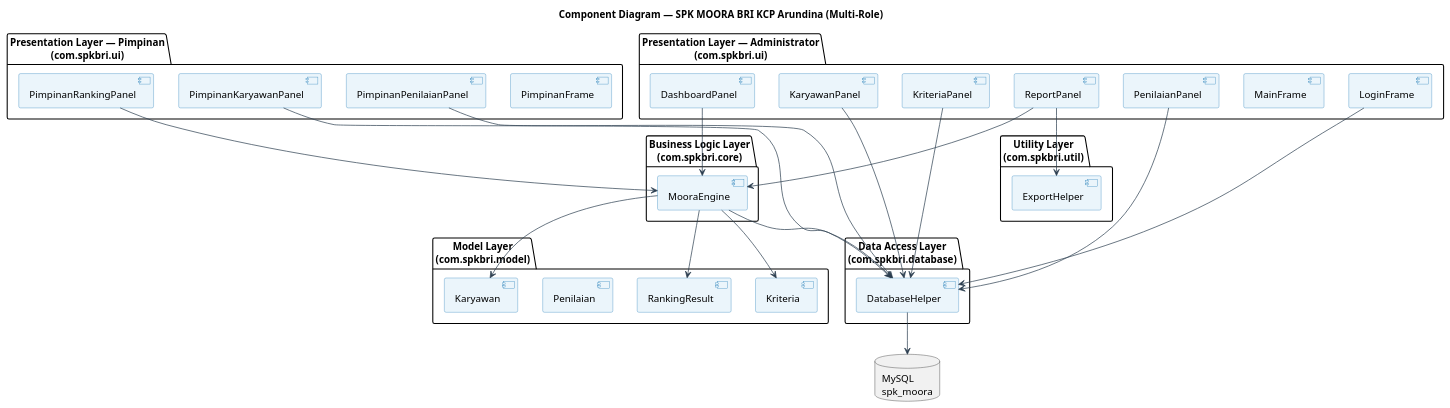
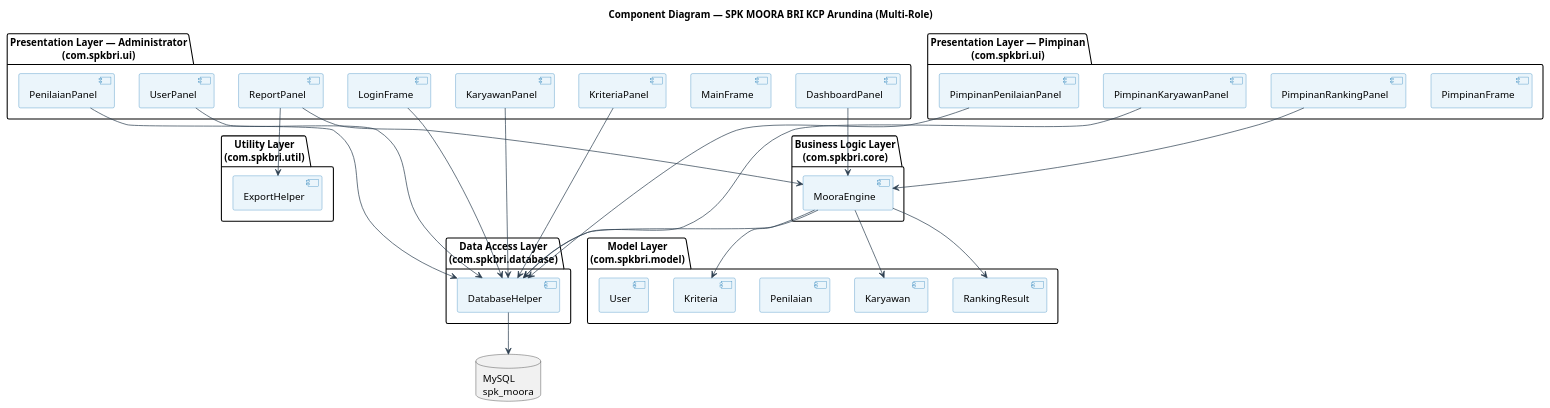
Diagram 12 of 14 in BAB4_DIAGRAM.md (caidenrev/spk-bri-2.0), drawn with PlantUML before and after one commit. The commit also changed other lines of this file and 21 other files, not shown here.

````diff
--- a/BAB4_DIAGRAM.md
+++ b/BAB4_DIAGRAM.md
@@ -814,67 +820,70 @@
 ```plantuml
 @startuml ComponentDiagram
 skinparam componentBackgroundColor #EBF5FB
 skinparam componentBorderColor #2980B9
 skinparam arrowColor #2C3E50
 title Component Diagram — SPK MOORA BRI KCP Arundina (Multi-Role)
 
 package "Presentation Layer — Administrator\n(com.spkbri.ui)" {
   [LoginFrame]
   [MainFrame]
   [DashboardPanel]
   [KaryawanPanel]
   [KriteriaPanel]
   [PenilaianPanel]
   [ReportPanel]
+  [UserPanel]
 }
 
 package "Presentation Layer — Pimpinan\n(com.spkbri.ui)" {
   [PimpinanFrame]
   [PimpinanKaryawanPanel]
   [PimpinanPenilaianPanel]
   [PimpinanRankingPanel]
 }
 
 package "Business Logic Layer\n(com.spkbri.core)" {
   [MooraEngine]
 }
 
 package "Data Access Layer\n(com.spkbri.database)" {
   [DatabaseHelper]
 }
 
 package "Model Layer\n(com.spkbri.model)" {
   [Karyawan]
   [Kriteria]
   [Penilaian]
   [RankingResult]
+  [User]
 }
 
 package "Utility Layer\n(com.spkbri.util)" {
   [ExportHelper]
 }
 
 database "MySQL\nspk_moora" as db
 
 [LoginFrame] --> [DatabaseHelper]
 [KaryawanPanel] --> [DatabaseHelper]
 [KriteriaPanel] --> [DatabaseHelper]
 [PenilaianPanel] --> [DatabaseHelper]
+[UserPanel] --> [DatabaseHelper]
 [PimpinanKaryawanPanel] --> [DatabaseHelper]
 [PimpinanPenilaianPanel] --> [DatabaseHelper]
 
 [DashboardPanel] --> [MooraEngine]
 [ReportPanel] --> [MooraEngine]
 [PimpinanRankingPanel] --> [MooraEngine]
 
 [ReportPanel] --> [ExportHelper]
 
 [MooraEngine] --> [DatabaseHelper]
 [MooraEngine] --> [Karyawan]
 [MooraEngine] --> [Kriteria]
 [MooraEngine] --> [RankingResult]
 
 [DatabaseHelper] --> db
 
 @enduml
 ```
````
